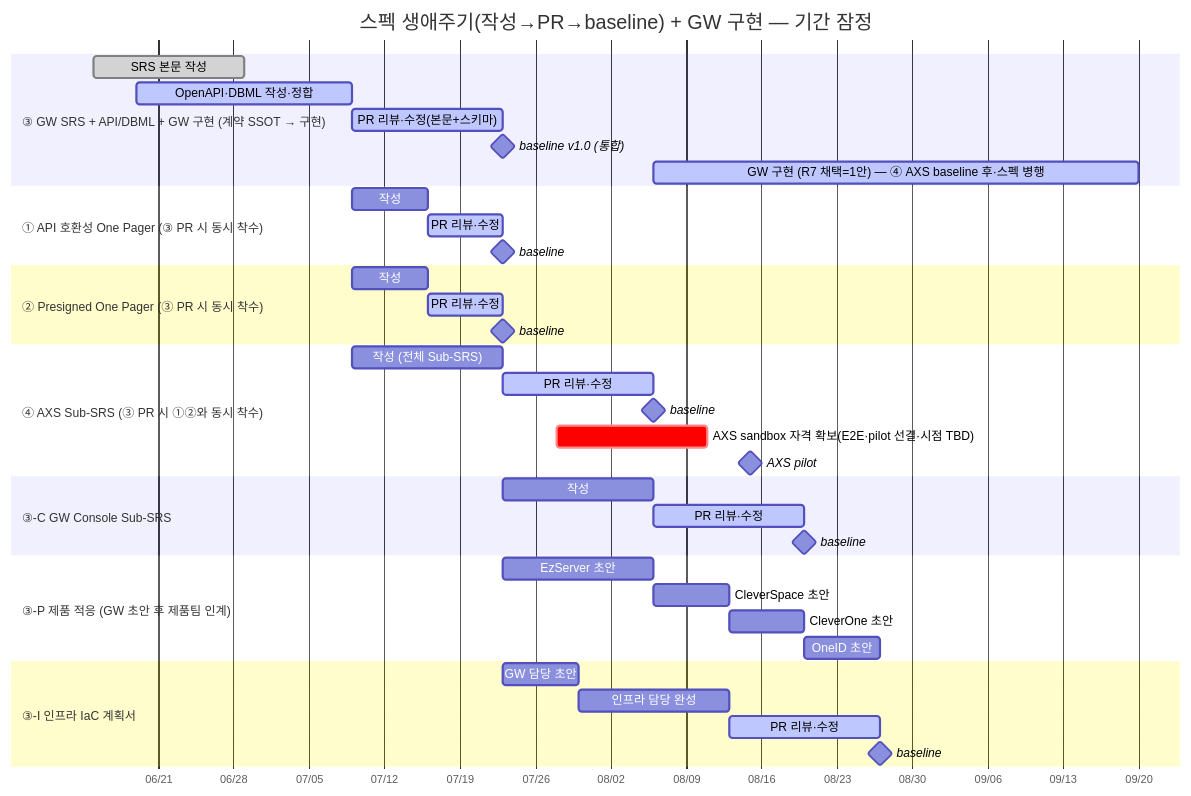
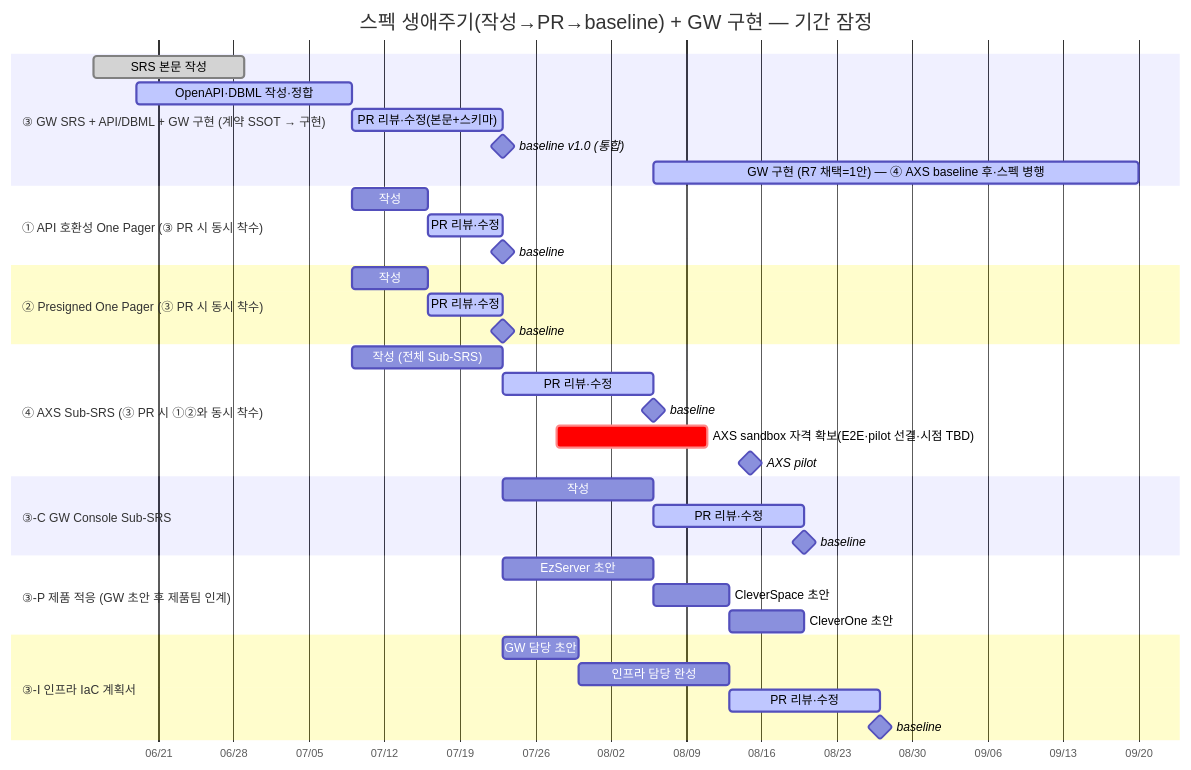
One commit to gracegyu/scp-architecture changed the third of 3 diagrams in docs/VT_API_Gateway/08.VT_API_Gateway/주간회의-Agenda.md. Above: the diagram before and after it, drawn with Mermaid. The commit also changed other lines of this file and 17 other files, not shown here.

````diff
--- a/docs/VT_API_Gateway/08.VT_API_Gateway/주간회의-Agenda.md
+++ b/docs/VT_API_Gateway/08.VT_API_Gateway/주간회의-Agenda.md
@@ -462,48 +480,47 @@
     ```mermaid
     gantt
         title 스펙 생애주기(작성→PR→baseline) + GW 구현 — 기간 잠정
         dateFormat YYYY-MM-DD
         axisFormat %m/%d
         todayMarker stroke-width:3px,stroke:#d33,opacity:0.6
 
         section ③ GW SRS + API/DBML + GW 구현 (계약 SSOT → 구현)
         SRS 본문 작성            :done, srsw, 2026-06-15, 14d
         OpenAPI·DBML 작성·정합   :active, designw, 2026-06-19, 20d
         PR 리뷰·수정(본문+스키마) :active, srspr, 2026-07-09, 14d
         baseline v1.0 (통합)     :milestone, srsbl, after srspr, 0d
         GW 구현 (R7 채택=1안) — ④ AXS baseline 후·스펙 병행 :active, impl1, after axsbl, 45d
 
         section ① API 호환성 One Pager (③ PR 시 동시 착수)
         작성                  :op1w, 2026-07-09, 7d
         PR 리뷰·수정          :active, op1pr, after op1w, 7d
         baseline              :milestone, op1bl, after op1pr, 0d
 
         section ② Presigned One Pager (③ PR 시 동시 착수)
         작성                  :op2w, 2026-07-09, 7d
         PR 리뷰·수정          :active, op2pr, after op2w, 7d
         baseline              :milestone, op2bl, after op2pr, 0d
 
         section ④ AXS Sub-SRS (③ PR 시 ①②와 동시 착수)
         작성 (전체 Sub-SRS)    :axsw, 2026-07-09, 14d
         PR 리뷰·수정          :active, axspr, after axsw, 14d
         baseline              :milestone, axsbl, after axspr, 0d
         AXS sandbox 자격 확보(E2E·pilot 선결·시점 TBD) :crit, cred, 2026-07-28, 14d
         AXS pilot             :milestone, pilot, 2026-08-15, 0d
 
         section ③-C GW Console Sub-SRS
         작성                  :conw, after srsbl, 14d
         PR 리뷰·수정          :active, conpr, after conw, 14d
         baseline              :milestone, conbl, after conpr, 0d
 
         section ③-P 제품 적응 (GW 초안 후 제품팀 인계)
         EzServer 초안         :ezw, after srsbl, 14d
         CleverSpace 초안      :csw, after ezw, 7d
         CleverOne 초안        :cow, after csw, 7d
-        OneID 초안            :oidw, after cow, 7d
 
         section ③-I 인프라 IaC 계획서
         GW 담당 초안          :infw1, after srsbl, 7d
         인프라 담당 완성       :infw2, after infw1, 14d
         PR 리뷰·수정          :active, infpr, after infw2, 14d
         baseline              :milestone, infbl, after infpr, 0d
     ```
````
